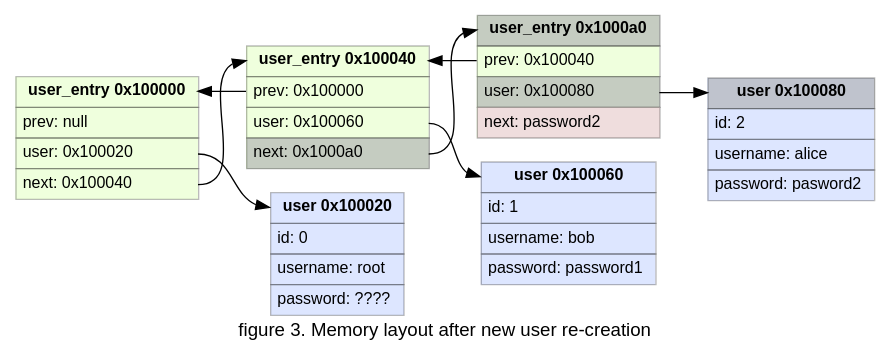
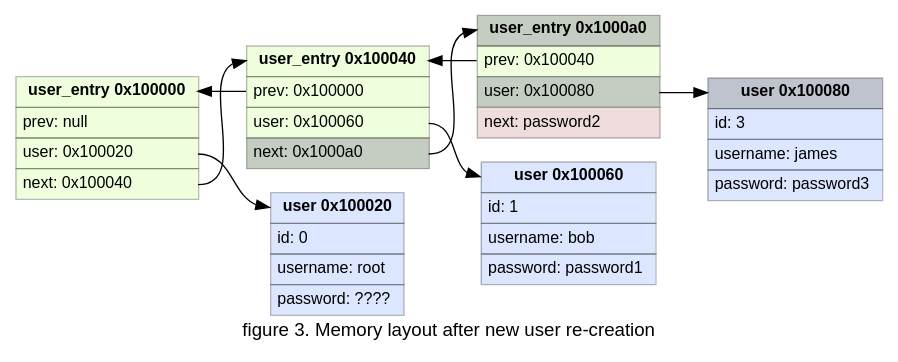
The fourth of 4 diagrams in solve/sign_in/index.md (sukolenvo/2024duCTF), drawn with Graphviz before and after one commit. The commit also changed other lines of this file and 2 other files, not shown here.

```diff
--- a/solve/sign_in/index.md
+++ b/solve/sign_in/index.md
@@ -529,9 +523,9 @@
     "user2" [
     	label=<<table border="0" cellborder="1" cellspacing="0" cellpadding="4">
 			<tr> <td PORT="head" BGCOLOR="#b2b3b4aa"> <b>user 0x100080 </b></td> </tr>
-			<tr> <td align="left"> id: 2 </td> </tr>
-			<tr> <td align="left"> username: alice </td> </tr>
-			<tr> <td align="left"> password: pasword2 </td> </tr>
+			<tr> <td align="left"> id: 3 </td> </tr>
+			<tr> <td align="left"> username: james </td> </tr>
+			<tr> <td align="left"> password: password3 </td> </tr>
 		</table>>
 		fillcolor="#0044ff22"
 		shape=plain
```
